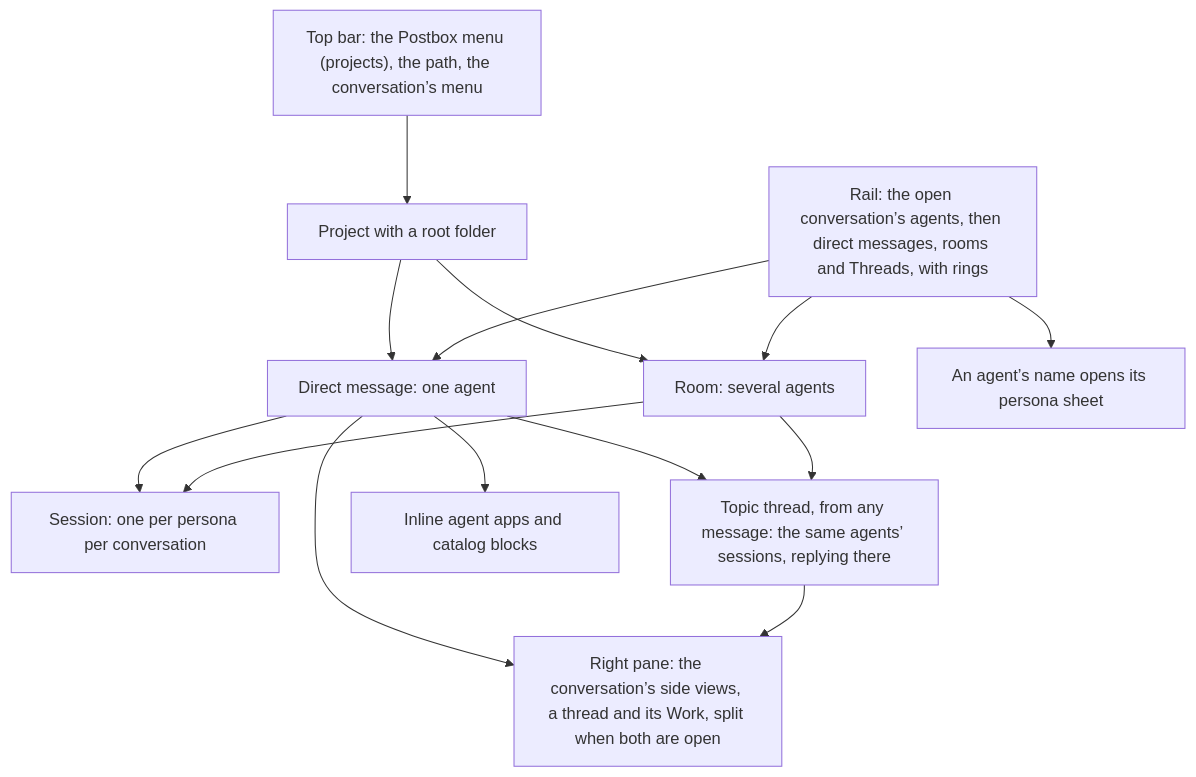
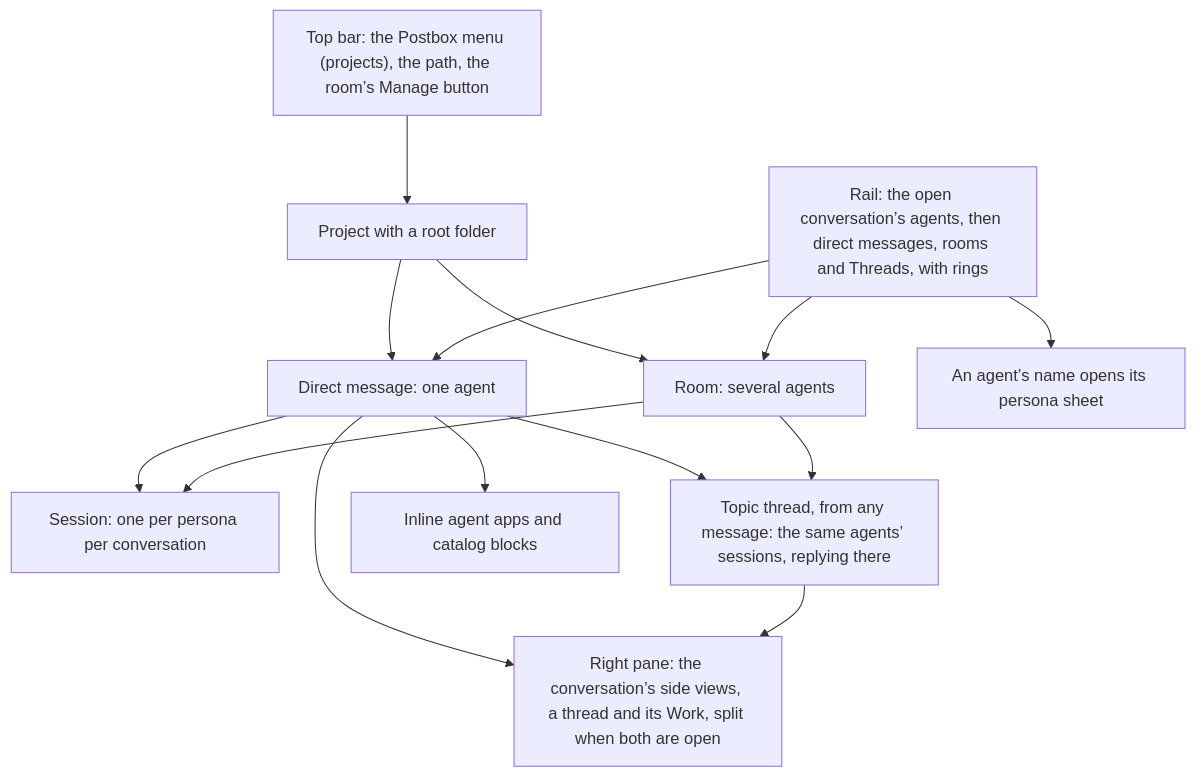
One commit to HJeon139/postbox changed the first of 2 diagrams in designs/intent.md. Above: the diagram before and after it, drawn with Mermaid. The commit also changed other lines of this file and 41 other files, not shown here.

First line of the commit message:
feat(menu): a room's button opens its form, with no pop-over between

````diff
--- a/designs/intent.md
+++ b/designs/intent.md
@@ -65,16 +65,16 @@
 ```mermaid
 flowchart TD
-  TB["Top bar: the Postbox menu (projects), the path, the conversation’s menu"] --> P
+  TB["Top bar: the Postbox menu (projects), the path, the room’s Manage button"] --> P
   P[Project with a root folder] --> T[Direct message: one agent]
   P --> R[Room: several agents]
   T --> S[Session: one per persona per conversation]
   R --> S
   RL["Rail: the open conversation’s agents, then direct messages, rooms and Threads, with rings"] --> T
   RL --> QP["An agent’s name opens its persona sheet"]
   RL --> R
   T --> TT["Topic thread, from any message: the same agents’ sessions, replying there"]
   R --> TT
   T --> SP["Right pane: the conversation’s side views, a thread and its Work, split when both are open"]
   TT --> SP
   T --> A["Inline agent apps and catalog blocks"]
 ```
````
